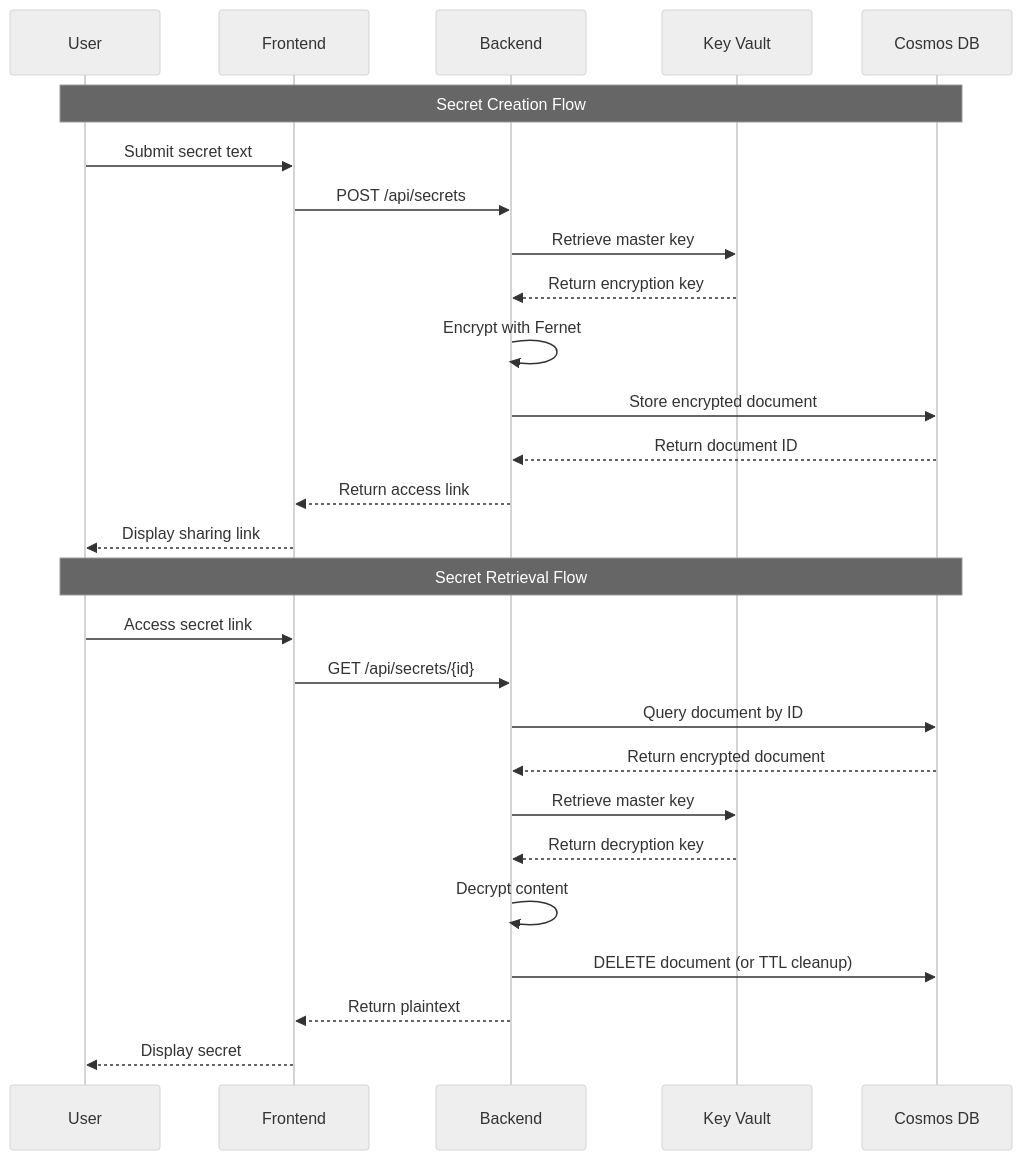
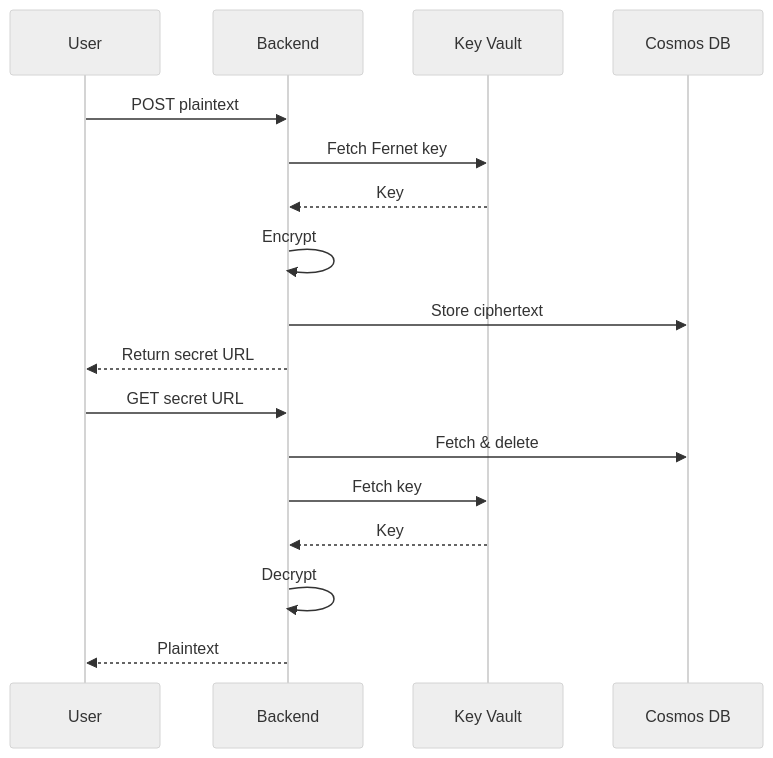
Before and after one commit to tiagonunes1491/Transio: the fifth of 5 diagrams in docs/architecture.md, drawn with Mermaid (neutral theme). The commit also changed other lines of this file, not shown here.

Commit message:
refactor: update architecture documentation for clarity and structure; enhance component diagrams

````diff
--- a/docs/architecture.md
+++ b/docs/architecture.md
@@ -171,31 +196,20 @@
 ```mermaid
 sequenceDiagram
     participant U as User
-    participant F as Frontend
     participant B as Backend
-    participant KV as Key Vault
-    participant DB as Cosmos DB
+    participant KV as Key Vault
+    participant DB as Cosmos DB
 
-    Note over U,DB: Secret Creation Flow
-    U->>F: Submit secret text
-    F->>B: POST /api/secrets
-    B->>KV: Retrieve master key
-    KV-->>B: Return encryption key
-    B->>B: Encrypt with Fernet
-    B->>DB: Store encrypted document
-    DB-->>B: Return document ID
-    B-->>F: Return access link
-    F-->>U: Display sharing link
-
-    Note over U,DB: Secret Retrieval Flow
-    U->>F: Access secret link
-    F->>B: GET /api/secrets/{id}
-    B->>DB: Query document by ID
-    DB-->>B: Return encrypted document
-    B->>KV: Retrieve master key
-    KV-->>B: Return decryption key
-    B->>B: Decrypt content
-    B->>DB: DELETE document (or TTL cleanup)
-    B-->>F: Return plaintext
-    F-->>U: Display secret
+    U->>B: POST plaintext
+    B->>KV: Fetch Fernet key
+    KV-->>B: Key
+    B->>B: Encrypt
+    B->>DB: Store ciphertext
+    B-->>U: Return secret URL
+    U->>B: GET secret URL
+    B->>DB: Fetch & delete
+    B->>KV: Fetch key
+    KV-->>B: Key
+    B->>B: Decrypt
+    B-->>U: Plaintext
 ```
````
